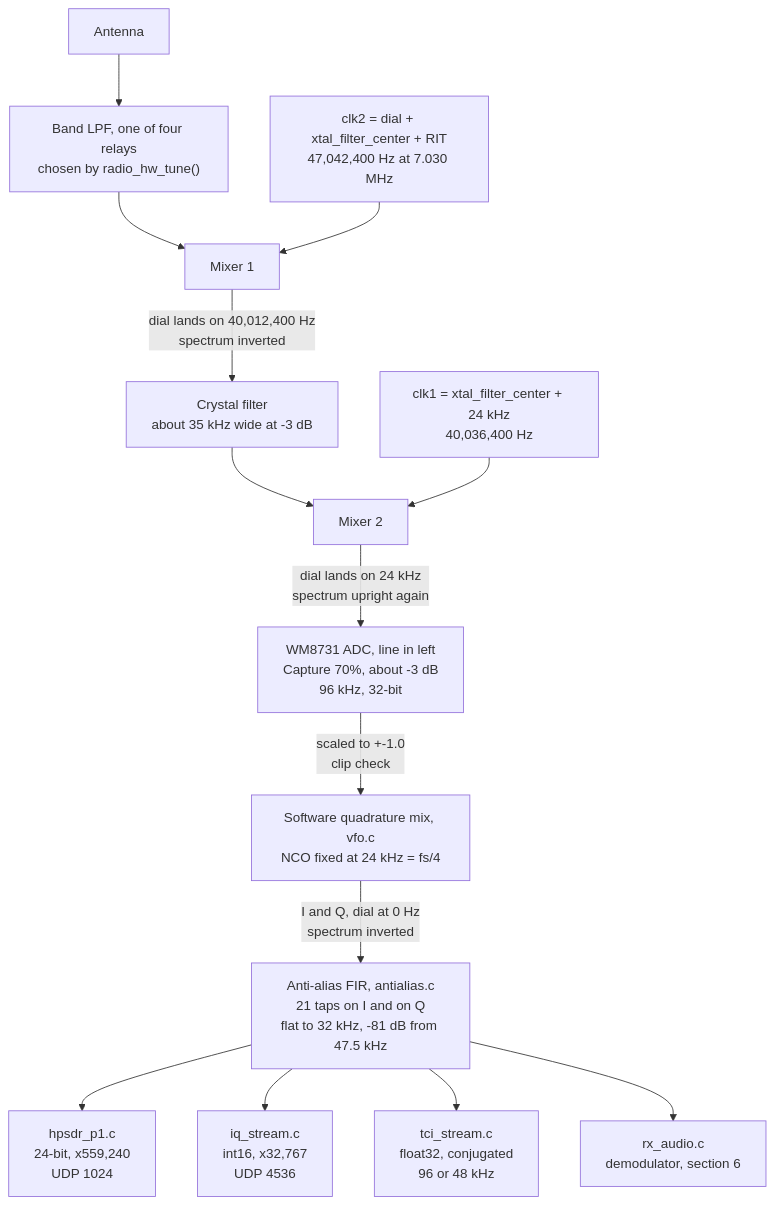
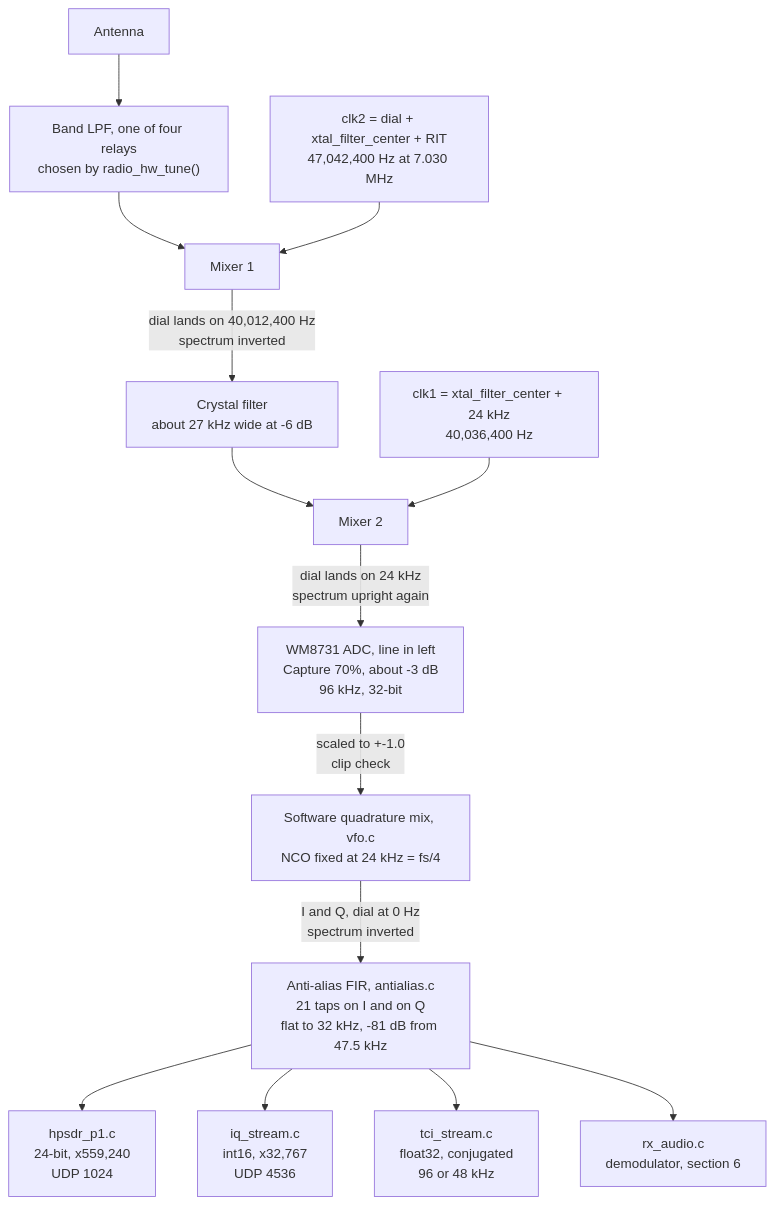
One commit to MikeJohnshoy/maxibitx changed the second of 4 diagrams in docs/00_intro.md. Above: the diagram before and after it, drawn with Mermaid. The commit also changed other lines of this file, not shown here.

````diff
--- a/docs/00_intro.md
+++ b/docs/00_intro.md
@@ -608,16 +770,16 @@
 ```mermaid
 flowchart TD
     ANT["Antenna"] --> LPF["Band LPF, one of four relays<br/>chosen by radio_hw_tune()"]
     LPF --> M1["Mixer 1"]
     CLK2["clk2 = dial + xtal_filter_center + RIT<br/>47,042,400 Hz at 7.030 MHz"] --> M1
-    M1 -->|"dial lands on 40,012,400 Hz<br/>spectrum inverted"| XF["Crystal filter<br/>about 35 kHz wide at -3 dB"]
+    M1 -->|"dial lands on 40,012,400 Hz<br/>spectrum inverted"| XF["Crystal filter<br/>about 27 kHz wide at -6 dB"]
     XF --> M2["Mixer 2"]
     CLK1["clk1 = xtal_filter_center + 24 kHz<br/>40,036,400 Hz"] --> M2
     M2 -->|"dial lands on 24 kHz<br/>spectrum upright again"| ADC["WM8731 ADC, line in left<br/>Capture 70%, about -3 dB<br/>96 kHz, 32-bit"]
     ADC -->|"scaled to +-1.0<br/>clip check"| NCO["Software quadrature mix, vfo.c<br/>NCO fixed at 24 kHz = fs/4"]
     NCO -->|"I and Q, dial at 0 Hz<br/>spectrum inverted"| AA["Anti-alias FIR, antialias.c<br/>21 taps on I and on Q<br/>flat to 32 kHz, -81 dB from 47.5 kHz"]
     AA --> HP["hpsdr_p1.c<br/>24-bit, x559,240<br/>UDP 1024"]
     AA --> IQS["iq_stream.c<br/>int16, x32,767<br/>UDP 4536"]
     AA --> TCI["tci_stream.c<br/>float32, conjugated<br/>96 or 48 kHz"]
     AA --> DEM["rx_audio.c<br/>demodulator, section 6"]
 ```
````
